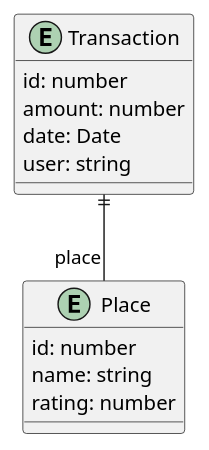
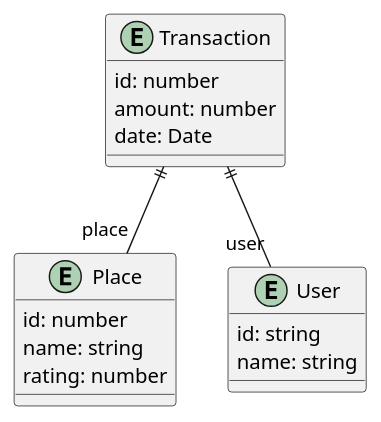
The diagram in 2-react_state/index.md (HOGENT-frontendweb/frontendweb-cursus), drawn with PlantUML before and after one commit. The commit also changed other lines of this file, not shown here.

````diff
--- a/2-react_state/index.md
+++ b/2-react_state/index.md
@@ -43,18 +45,23 @@
 ```plantuml
 @startuml
 entity Place {
   id: number
   name: string
   rating: number
 }
 
 entity Transaction {
   id: number
   amount: number
   date: Date
-  user: string
+}
+
+entity User {
+  id: string
+  name: string
 }
 
 Transaction ||-- "place" Place
+Transaction ||-- "user" User
 @enduml
 ```
````
